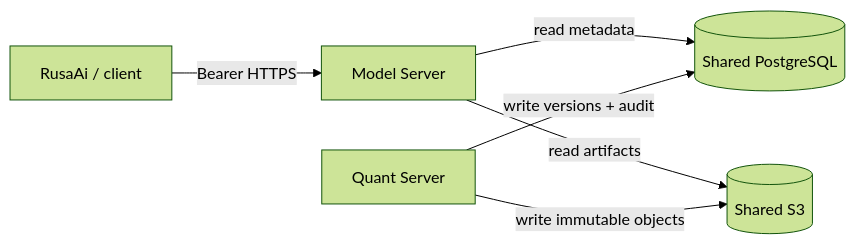
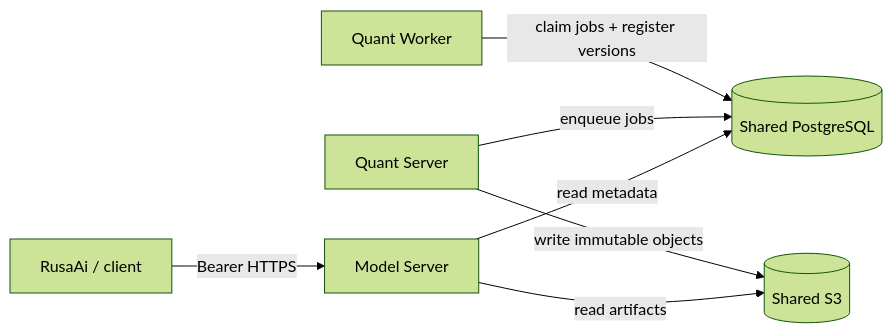
The first of 2 diagrams in docs/architecture.md (StrategyG/RusaModels), drawn with Mermaid (forest theme) before and after one commit.

Commit message:
docs: add Quant Worker and model job queue architecture

````diff
--- a/docs/architecture.md
+++ b/docs/architecture.md
@@ -12,8 +12,9 @@
 ```mermaid
 flowchart LR
   R[RusaAi / client] -->|Bearer HTTPS| M[Model Server]
   M -->|read metadata| P[(Shared PostgreSQL)]
   M -->|read artifacts| S[(Shared S3)]
-  Q[Quant Server] -->|write versions + audit| P
+  Q[Quant Server] -->|enqueue jobs| P
+  W[Quant Worker] -->|claim jobs + register versions| P
   Q -->|write immutable objects| S
 ```
````
